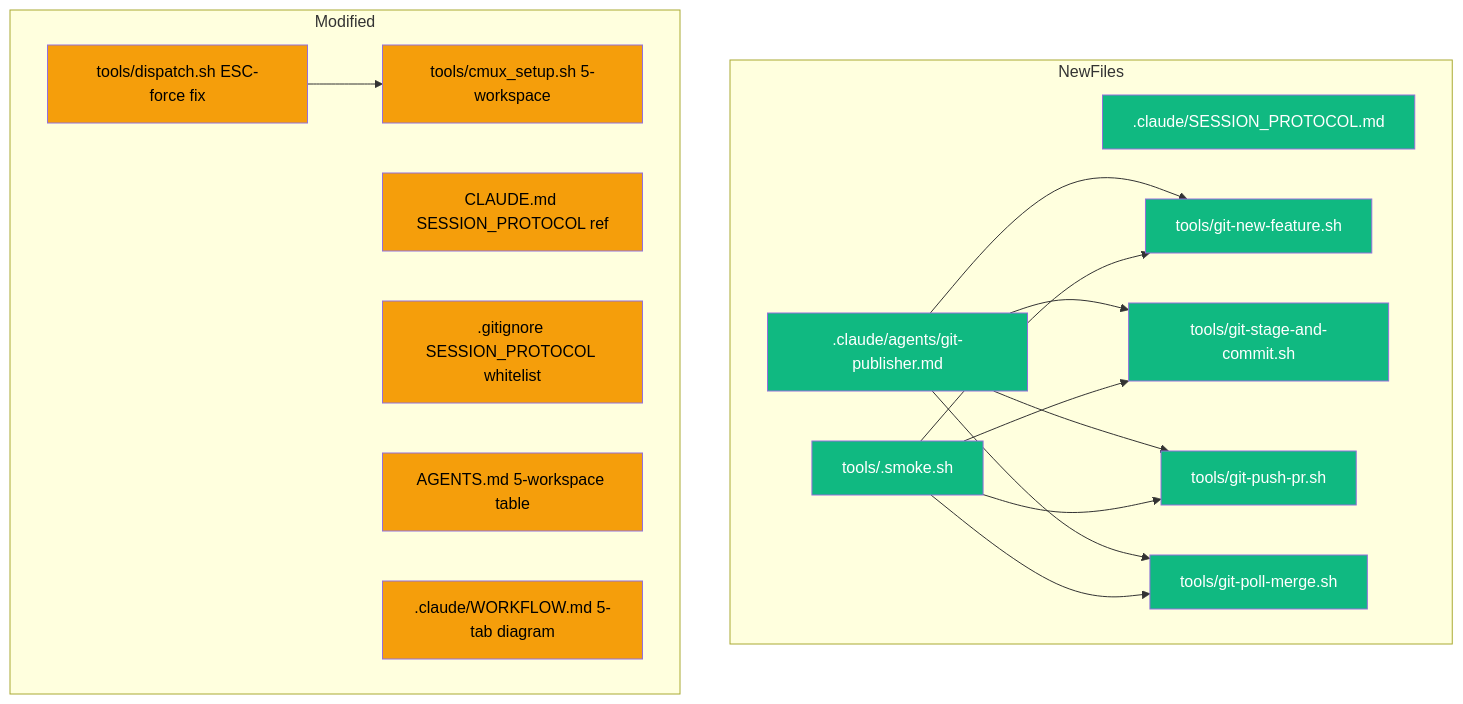
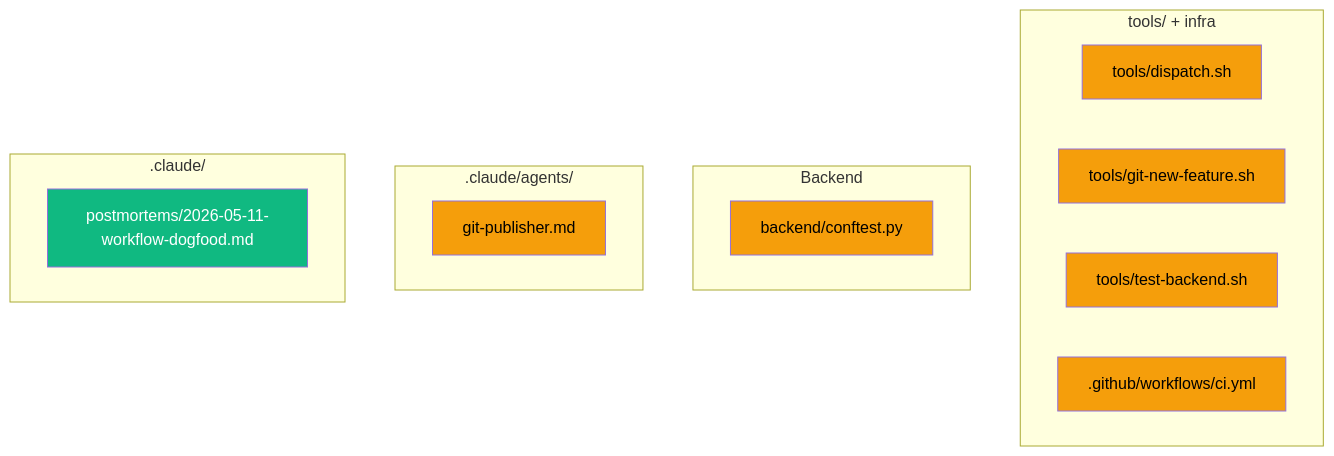
Before and after one commit to hongikarchi/archi-tinder: the eighth of 8 diagrams in .claude/Report.md, drawn with Mermaid. The commit also changed other lines of this file and 2 other files, not shown here.

Commit message:
docs(reporter): post-PR#18 sync — 5 bug fixes live + Bug #5 recovery complete
- Report.md Last Updated (Claude): reflects c231c59 with all 5 bug fixes live on main
  (dispatch.sh, git-new-feature.sh, conftest.py, test-backend.sh, git-publisher.md,
  ci.yml pgvector + pytest revival, postmortem 2026-05-11)
- Task.md: trimmed Handoffs 60 → 32 (archived oldest 30 to handoffs-archive/2026-05.md)
- Task.md: added DEPLOY-RECOVERY-COMPLETE + REVIEW-REQUESTED handoff entries
- handoffs-archive/2026-05.md: appended 30 archived entries

````diff
--- a/.claude/Report.md
+++ b/.claude/Report.md
@@ -488,33 +488,21 @@
 ```mermaid
 graph TD
-    subgraph NewFiles
-        session_protocol[.claude/SESSION_PROTOCOL.md]:::new
-        git_publisher[.claude/agents/git-publisher.md]:::new
-        smoke_sh[tools/.smoke.sh]:::new
-        git_new_feature[tools/git-new-feature.sh]:::new
-        git_stage_commit[tools/git-stage-and-commit.sh]:::new
-        git_push_pr[tools/git-push-pr.sh]:::new
-        git_poll_merge[tools/git-poll-merge.sh]:::new
+    subgraph Tooling["tools/ + infra"]
+        dispatch_sh[tools/dispatch.sh]:::modified
+        git_new_feature[tools/git-new-feature.sh]:::modified
+        test_backend[tools/test-backend.sh]:::modified
+        ci_yml[.github/workflows/ci.yml]:::modified
     end
-    subgraph Modified
-        dispatch_sh[tools/dispatch.sh ESC-force fix]:::modified
-        cmux_setup[tools/cmux_setup.sh 5-workspace]:::modified
-        claude_md[CLAUDE.md SESSION_PROTOCOL ref]:::modified
-        gitignore[.gitignore SESSION_PROTOCOL whitelist]:::modified
-        agents_md[AGENTS.md 5-workspace table]:::modified
-        workflow_md[.claude/WORKFLOW.md 5-tab diagram]:::modified
+    subgraph Backend
+        conftest_py[backend/conftest.py]:::modified
     end
-    git_publisher --> git_new_feature
-    git_publisher --> git_stage_commit
-    git_publisher --> git_push_pr
-    git_publisher --> git_poll_merge
-    smoke_sh --> git_new_feature
-    smoke_sh --> git_stage_commit
-    smoke_sh --> git_push_pr
-    smoke_sh --> git_poll_merge
-    dispatch_sh --> cmux_setup
+    subgraph Agents[".claude/agents/"]
+        git_publisher[git-publisher.md]:::modified
+    end
+    subgraph Docs[".claude/"]
+        postmortem[postmortems/2026-05-11-workflow-dogfood.md]:::new
+    end
 
     classDef new fill:#10b981,color:#fff
     classDef modified fill:#f59e0b,color:#000
-    classDef deleted fill:#ef4444,color:#fff
 ```
````
